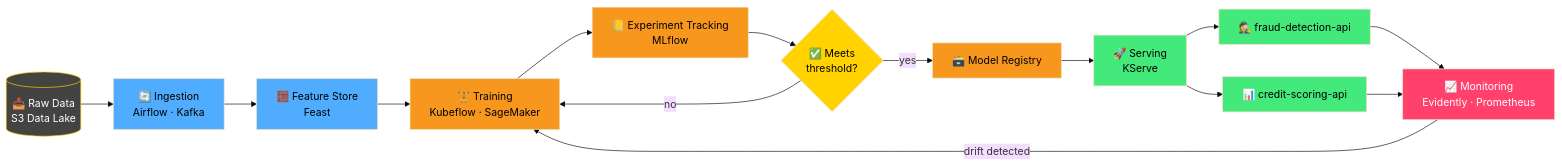
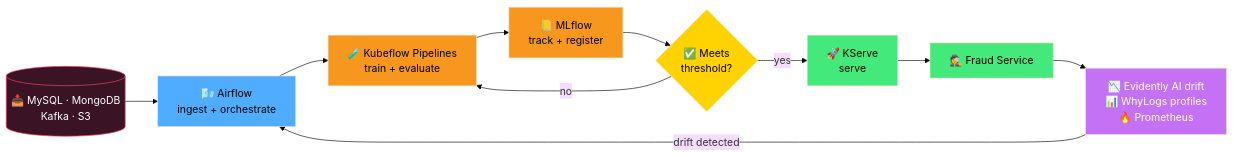
The tenth of 25 diagrams in README.md (muntaha747/FinTech-Enterprise-Project), drawn with Mermaid (base theme) before and after one commit. The commit also changed other lines of this file and 1 other file, not shown here.

First line of the commit message:
README: align the whole README with the two architecture diagrams [skip ci]

````diff
--- a/README.md
+++ b/README.md
@@ -853,22 +647,19 @@
 ```mermaid
 flowchart LR
-    DATA[(📥 Raw Data<br/>S3 Data Lake)]:::d --> ING[🔄 Ingestion<br/>Airflow · Kafka]:::p
-    ING --> FEAT[🧮 Feature Store<br/>Feast]:::p
-    FEAT --> TRAIN[🏋️ Training<br/>Kubeflow · SageMaker]:::t
-    TRAIN --> TRACK[📒 Experiment Tracking<br/>MLflow]:::t
-    TRACK --> EVAL{✅ Meets<br/>threshold?}:::g
-    EVAL -->|yes| REG[🗃️ Model Registry]:::t
-    EVAL -->|no| TRAIN
-    REG --> SERVE[🚀 Serving<br/>KServe]:::s
-    SERVE --> F[🕵️ fraud-detection-api]:::s
-    SERVE --> CR[📊 credit-scoring-api]:::s
-    F & CR --> MON[📈 Monitoring<br/>Evidently · Prometheus]:::m
-    MON -->|drift detected| TRAIN
+    DATA[(📥 MySQL · MongoDB<br/>Kafka · S3)]:::d --> AF[🌬️ Airflow<br/>ingest + orchestrate]:::p
+    AF --> KF[🧪 Kubeflow Pipelines<br/>train + evaluate]:::t
+    KF --> MF[📒 MLflow<br/>track + register]:::t
+    MF --> GATE{✅ Meets<br/>threshold?}:::g
+    GATE -->|yes| KS[🚀 KServe<br/>serve]:::s
+    GATE -->|no| KF
+    KS --> FR[🕵️ Fraud Service]:::s
+    FR --> MON[📉 Evidently AI drift<br/>📊 WhyLogs profiles<br/>🔥 Prometheus]:::m
+    MON -->|drift detected| AF
 
-    classDef d fill:#434343,stroke:#ffd200,color:#fff
+    classDef d fill:#3a1424,stroke:#ff416c,color:#fff
     classDef p fill:#4facfe,color:#000
     classDef t fill:#f7971e,color:#000
     classDef g fill:#ffd200,color:#000
     classDef s fill:#43e97b,color:#000
-    classDef m fill:#ff416c,color:#fff
+    classDef m fill:#c471f5,color:#fff
 ```
````
